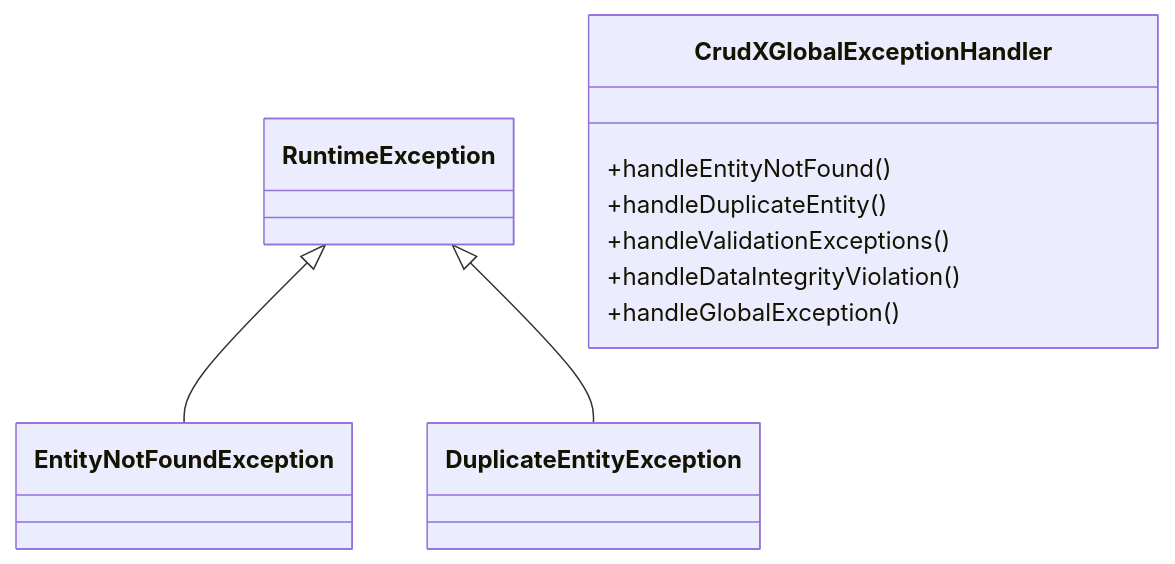
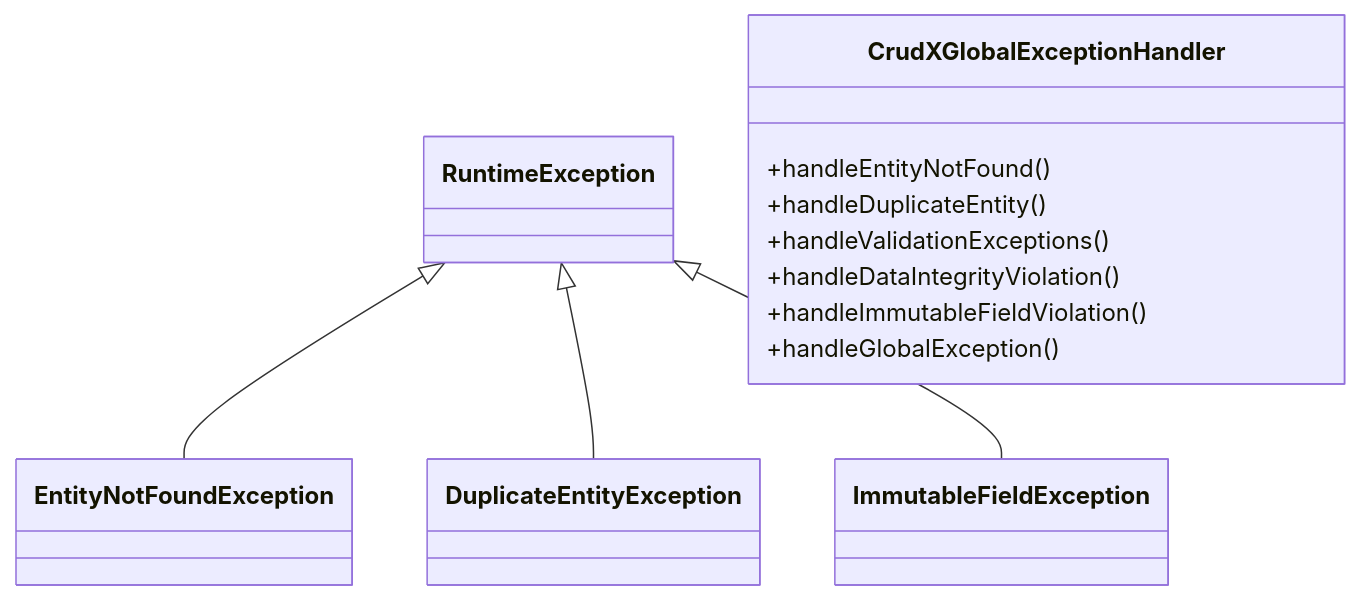
Diagram 24 of 26 in TECHNICAL_DOCUMENTATION.md (sachinnimbal/crudx-starter), drawn with Mermaid before and after one commit. The commit also changed other lines of this file and 1 other file, not shown here.

````diff
--- a/TECHNICAL_DOCUMENTATION.md
+++ b/TECHNICAL_DOCUMENTATION.md
@@ -881,17 +3042,20 @@
 ```mermaid
 classDiagram
     class RuntimeException
     class EntityNotFoundException
     class DuplicateEntityException
+    class ImmutableFieldException
 
     RuntimeException <|-- EntityNotFoundException
     RuntimeException <|-- DuplicateEntityException
+    RuntimeException <|-- ImmutableFieldException
 
     class CrudXGlobalExceptionHandler {
         +handleEntityNotFound()
         +handleDuplicateEntity()
         +handleValidationExceptions()
         +handleDataIntegrityViolation()
+        +handleImmutableFieldViolation()
         +handleGlobalException()
     }
 ```
````
